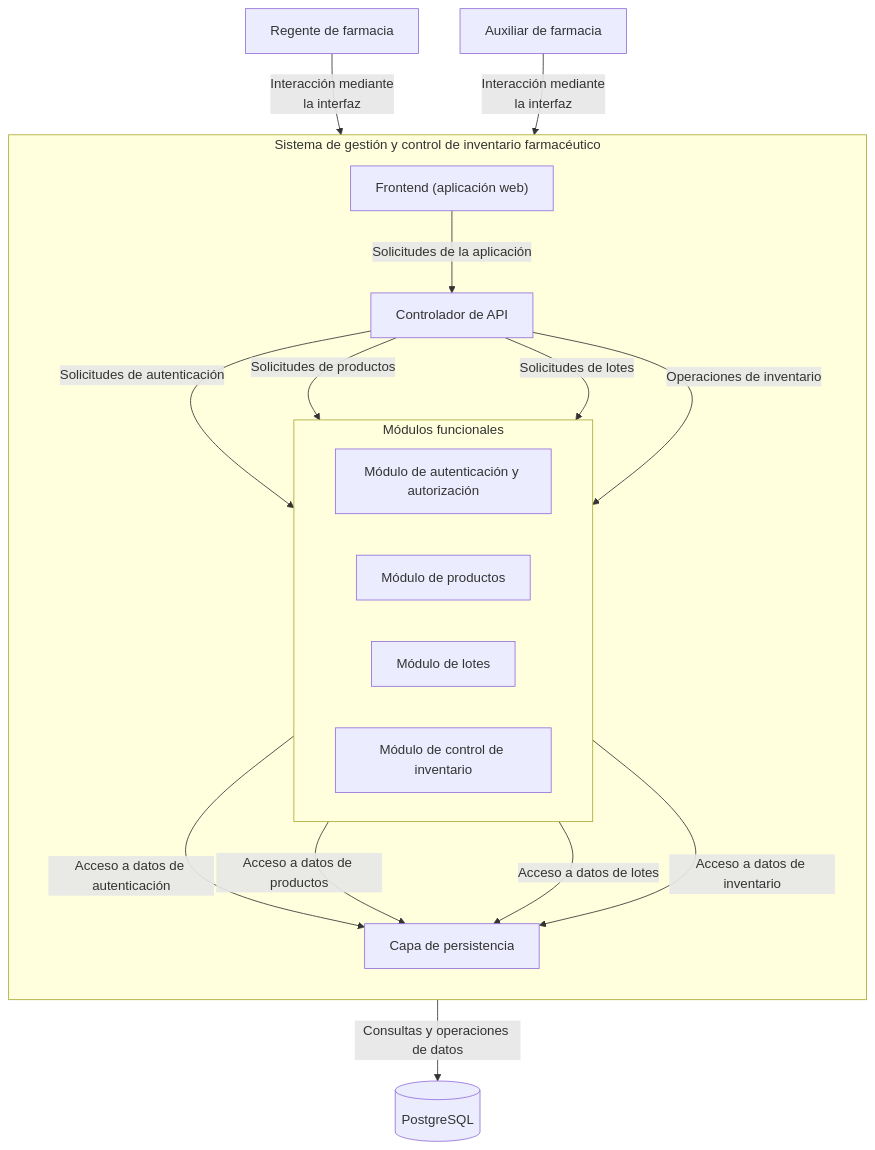
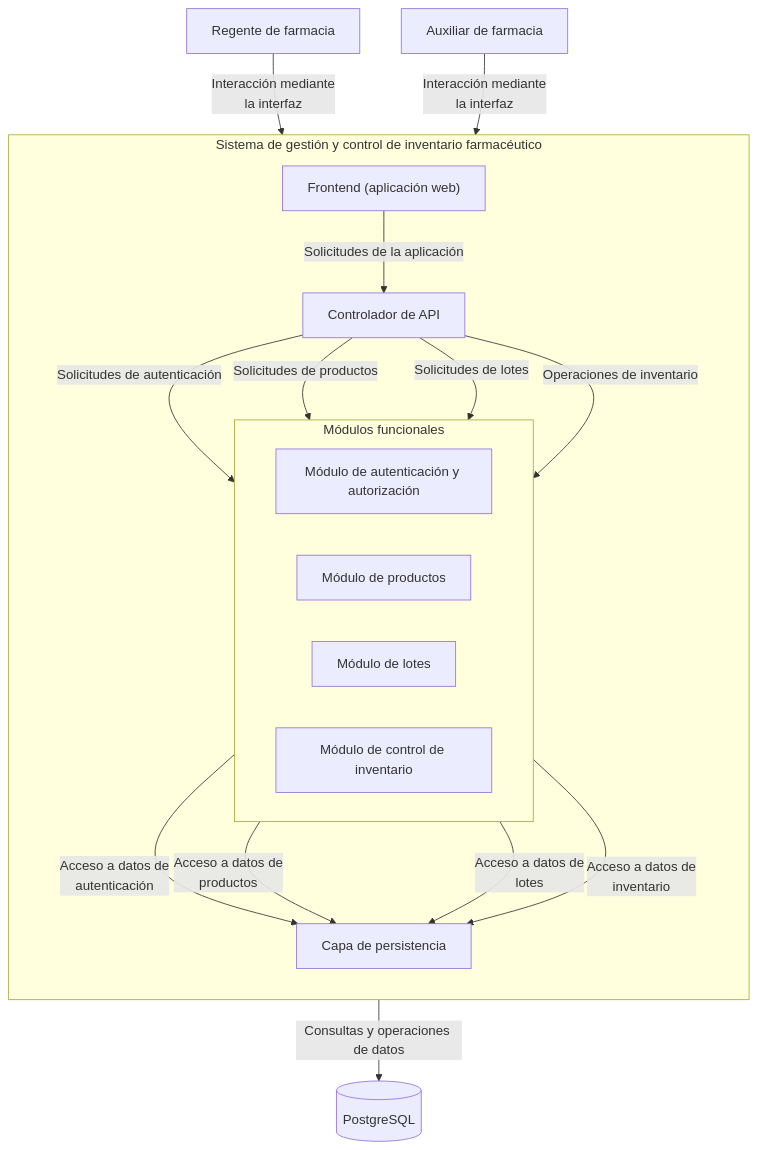
Before and after one commit to anmorenol63/Ingesoft_t6: the second of 3 diagrams in docs/design/01_Architectural_and_Detailed_Design.md, drawn with Mermaid.

Commit message:
Format access data descriptions in design document

````diff
--- a/docs/design/01_Architectural_and_Detailed_Design.md
+++ b/docs/design/01_Architectural_and_Detailed_Design.md
@@ -87,45 +87,49 @@
 ```mermaid
 flowchart TB
     R["Regente de farmacia"]
     A["Auxiliar de farmacia"]
 
     subgraph SYS["Sistema de gestión y control de inventario farmacéutico"]
         direction TB
 
         FE["Frontend (aplicación web)"]
         API["Controlador de API"]
 
         FE -->|"Solicitudes de la aplicación"| API
 
         subgraph MOD["Módulos funcionales"]
             direction LR
             AUTH["Módulo de autenticación y autorización"]
             PROD["Módulo de productos"]
             LOT["Módulo de lotes"]
             INV["Módulo de control de inventario"]
         end
 
         API -->|"Solicitudes de autenticación"| AUTH
         API -->|"Solicitudes de productos"| PROD
         API -->|"Solicitudes de lotes"| LOT
         API -->|"Operaciones de inventario"| INV
 
         PERSIST["Capa de persistencia"]
 
-        AUTH -->|"Acceso a datos de autenticación"| PERSIST
-        PROD -->|"Acceso a datos de productos"| PERSIST
-        LOT -->|"Acceso a datos de lotes"| PERSIST
-        INV -->|"Acceso a datos de inventario"| PERSIST
+        AUTH -->|"Acceso a datos de
+autenticación"| PERSIST
+        PROD -->|"Acceso a datos de
+productos"| PERSIST
+        LOT -->|"Acceso a datos de
+lotes"| PERSIST
+        INV -->|"Acceso a datos de
+inventario"| PERSIST
     end
 
     DB[("PostgreSQL")]
 
     R -->|"Interacción mediante
 la interfaz"| FE
     A -->|"Interacción mediante
 la interfaz"| FE
 
     PERSIST -->|"Consultas y operaciones de datos"| DB
 
 
 ```
````
